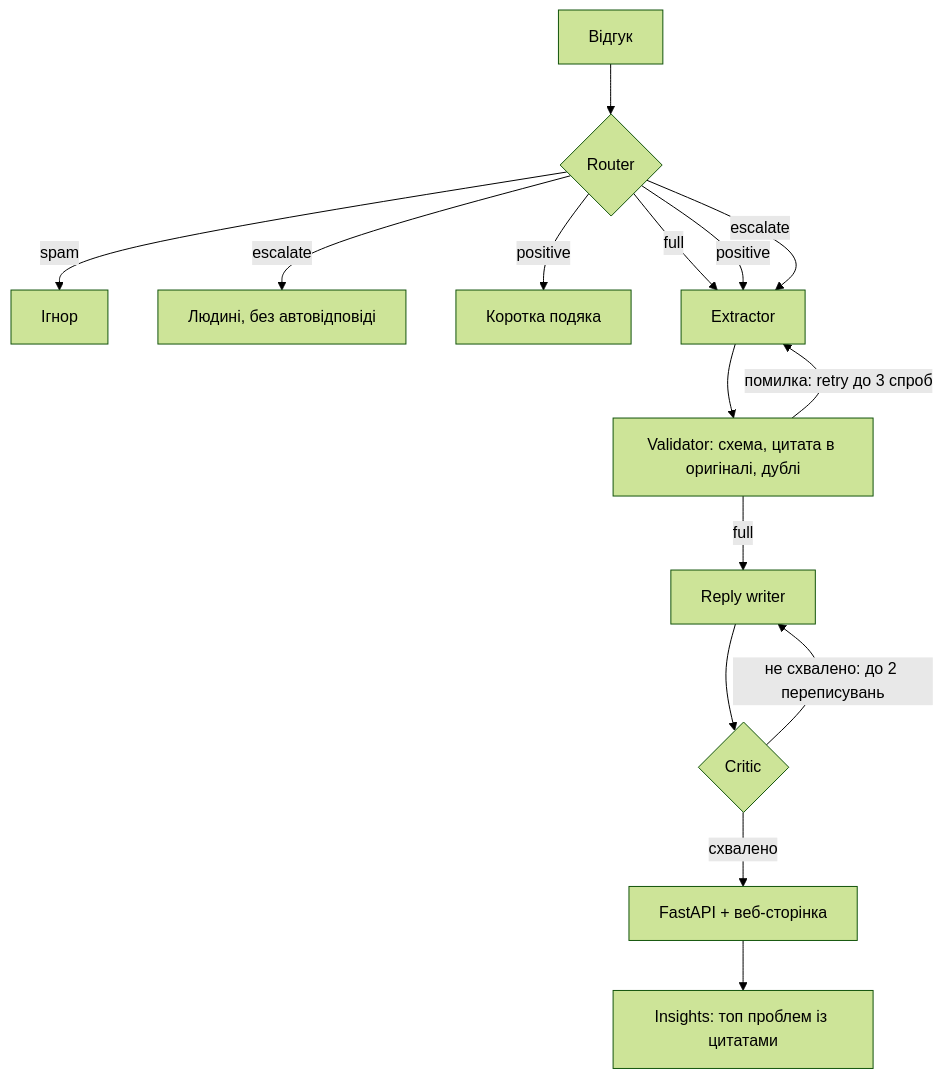
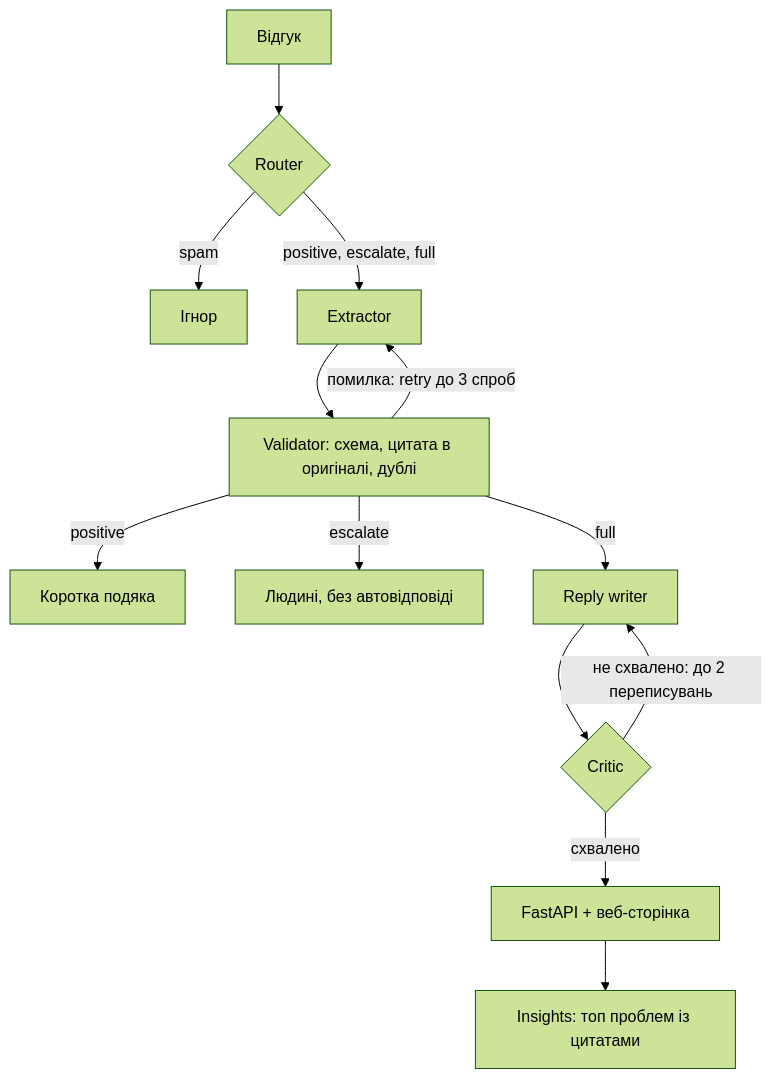
One commit to Maximum26/reviewlens changed the diagram in README.md. Above: the diagram before and after it, drawn with Mermaid (forest theme). The commit also changed other lines of this file and 2 other files, not shown here.

Commit message:
docs: fix typos and diagram

````diff
--- a/README.md
+++ b/README.md
@@ -9,17 +9,15 @@
 ```mermaid
 flowchart TD
     A[Відгук] --> R{Router}
     R -->|spam| S[Ігнор]
-    R -->|escalate| H[Людині, без автовідповіді]
-    R -->|positive| T[Коротка подяка]
-    R -->|full| E[Extractor]
-    R -->|positive| E
-    R -->|escalate| E
+    R -->|positive, escalate, full| E[Extractor]
     E --> V[Validator: схема, цитата в оригіналі, дублі]
     V -->|помилка: retry до 3 спроб| E
+    V -->|positive| T[Коротка подяка]
+    V -->|escalate| H[Людині, без автовідповіді]
     V -->|full| W[Reply writer]
     W --> C{Critic}
     C -->|не схвалено: до 2 переписувань| W
     C -->|схвалено| OUT[FastAPI + веб-сторінка]
     OUT --> I[Insights: топ проблем із цитатами]
 ```
````
